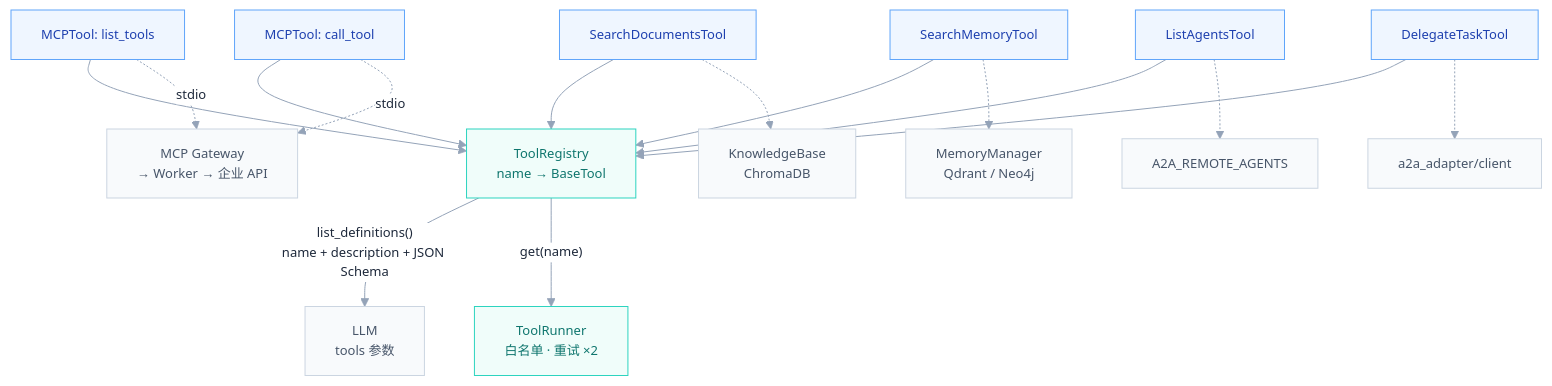
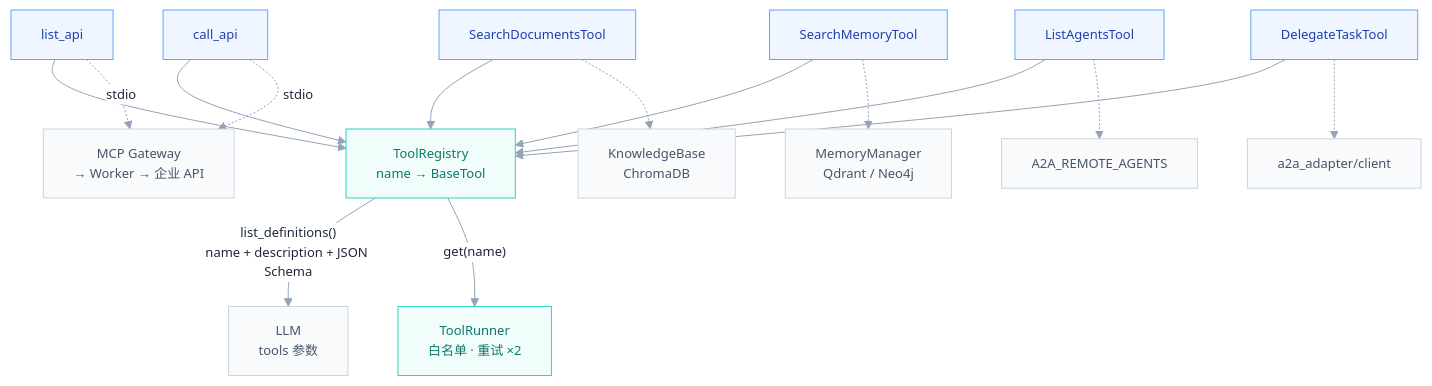
Before and after one commit to Zhong-y-j/Hubloom: the first of 3 diagrams in docs/Hubloom-工具层.md, drawn with Mermaid. The commit also changed other lines of this file and 25 other files, not shown here.

First line of the commit message:
将业务元工具重命名为 list_api / call_api，并移除未使用的 MCPTool。

````diff
--- a/docs/Hubloom-工具层.md
+++ b/docs/Hubloom-工具层.md
@@ -29,30 +28,30 @@
 ```mermaid
 %%{init: {"theme":"base","themeVariables":{"background":"#ffffff","primaryColor":"#ffffff","primaryBorderColor":"#cbd5e1","primaryTextColor":"#1e293b","lineColor":"#94a3b8","fontSize":"13px"}}}%%
 flowchart TB
     REG["ToolRegistry<br/>name → BaseTool"]
 
-    MCP1["MCPTool: list_tools"] --> REG
-    MCP2["MCPTool: call_tool"] --> REG
+    MCP1["list_api"] --> REG
+    MCP2["call_api"] --> REG
     DOC["SearchDocumentsTool"] --> REG
     MEM["SearchMemoryTool"] --> REG
     A2A1["ListAgentsTool"] --> REG
     A2A2["DelegateTaskTool"] --> REG
 
     REG -->|"list_definitions()<br/>name + description + JSON Schema"| LLM["LLM<br/>tools 参数"]
     REG -->|"get(name)"| RUN["ToolRunner<br/>白名单 · 重试 ×2"]
 
     MCP1 -.->|"stdio"| GW["MCP Gateway<br/>→ Worker → 企业 API"]
     MCP2 -.->|"stdio"| GW
     DOC -.-> KB["KnowledgeBase<br/>ChromaDB"]
     MEM -.-> MM["MemoryManager<br/>Qdrant / Neo4j"]
     A2A1 -.-> DIR["A2A_REMOTE_AGENTS"]
     A2A2 -.-> CLIENT["a2a_adapter/client"]
 
     classDef reg fill:#f0fdfa,stroke:#2dd4bf,color:#0f766e
     classDef tool fill:#eff6ff,stroke:#60a5fa,color:#1e40af
     classDef backend fill:#f8fafc,stroke:#cbd5e1,color:#475569
 
     class REG,RUN reg
     class MCP1,MCP2,DOC,MEM,A2A1,A2A2 tool
     class LLM,GW,KB,MM,DIR,CLIENT backend
 ```
````
